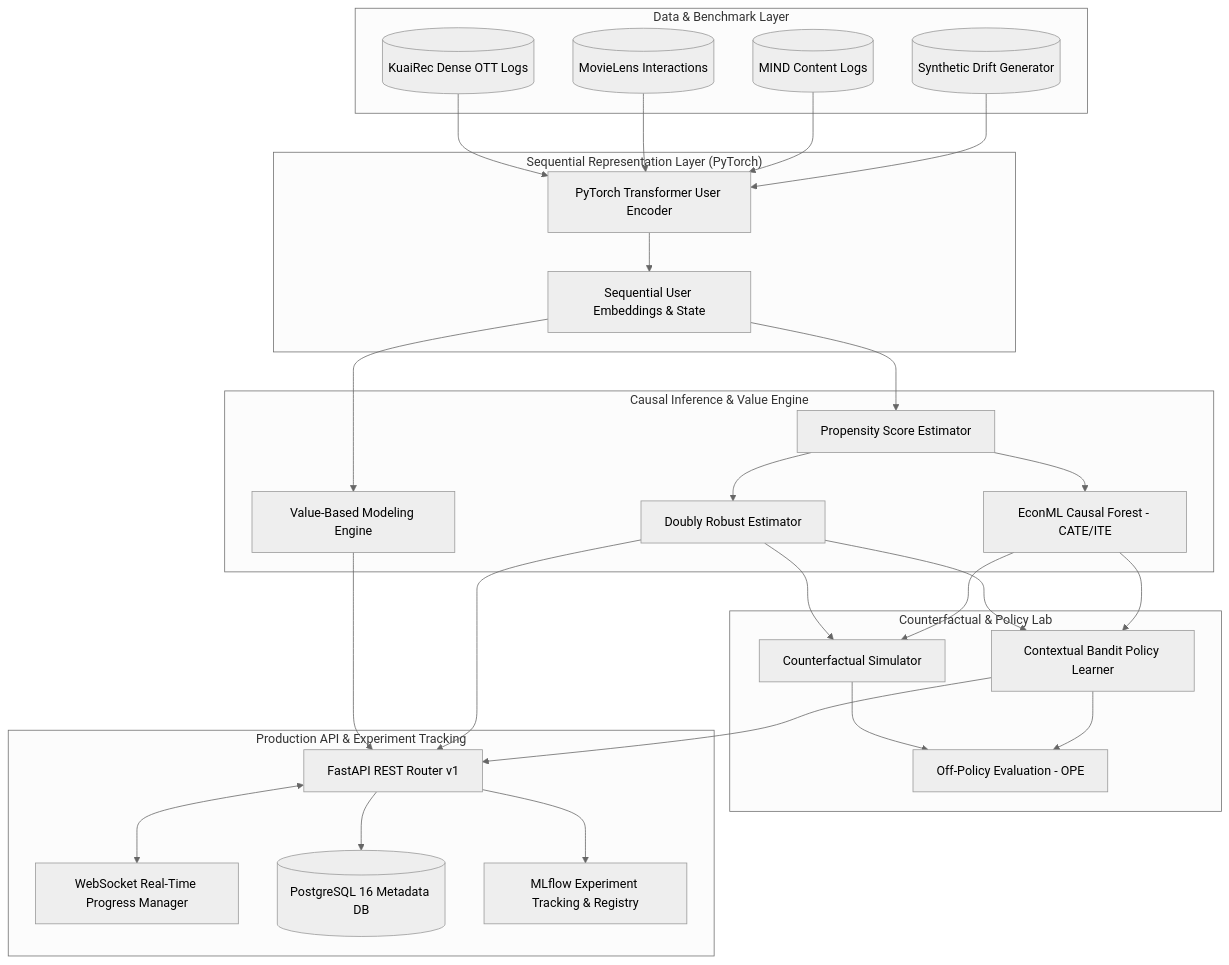
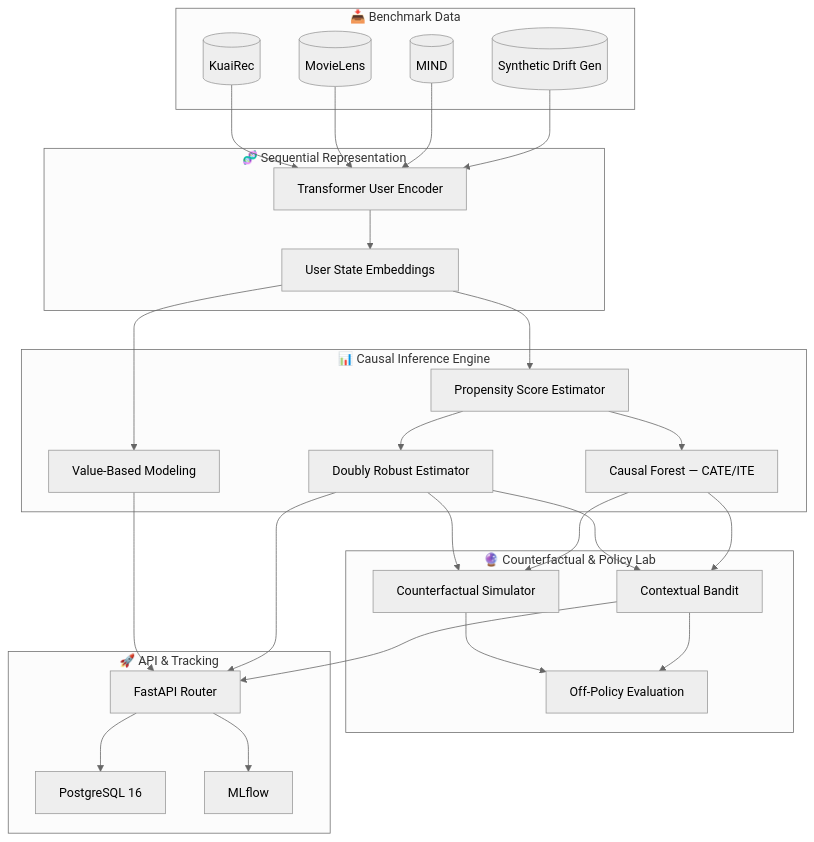
Before and after one commit to AARAV-git/Casual-Inference: the diagram in README.md, drawn with Mermaid (neutral theme). The commit also changed other lines of this file, not shown here.

````diff
--- a/README.md
+++ b/README.md
@@ -46,42 +49,38 @@
 ```mermaid
 flowchart TD
-    subgraph Data Layer ["Data & Benchmark Layer"]
-        A1[(KuaiRec Dense OTT Logs)]
-        A2[(MovieLens Interactions)]
-        A3[(MIND Content Logs)]
-        A4[(Synthetic Drift Generator)]
+    subgraph Data ["📥 Benchmark Data"]
+        A1[(KuaiRec)]
+        A2[(MovieLens)]
+        A3[(MIND)]
+        A4[(Synthetic Drift Gen)]
     end
 
-    subgraph Representation ["Sequential Representation Layer (PyTorch)"]
-        B1[PyTorch Transformer User Encoder]
-        B2[Sequential User Embeddings & State]
+    subgraph Rep ["🧬 Sequential Representation"]
+        B1[Transformer User Encoder]
+        B2[User State Embeddings]
     end
 
-    subgraph CausalEngine ["Causal Inference & Value Engine"]
-        C1[Value-Based Modeling Engine]
+    subgraph Causal ["📊 Causal Inference Engine"]
+        C1[Value-Based Modeling]
         C2[Propensity Score Estimator]
         C3[Doubly Robust Estimator]
-        C4[EconML Causal Forest - CATE/ITE]
+        C4[Causal Forest — CATE/ITE]
     end
 
-    subgraph Simulator ["Counterfactual & Policy Lab"]
+    subgraph Policy ["🔮 Counterfactual & Policy Lab"]
         D1[Counterfactual Simulator]
-        D2[Contextual Bandit Policy Learner]
-        D3[Off-Policy Evaluation - OPE]
+        D2[Contextual Bandit]
+        D3[Off-Policy Evaluation]
     end
 
-    subgraph Production ["Production API & Experiment Tracking"]
-        E1[FastAPI REST Router v1]
-        E2[WebSocket Real-Time Progress Manager]
-        E3[(PostgreSQL 16 Metadata DB)]
-        E4[MLflow Experiment Tracking & Registry]
+    subgraph API ["🚀 API & Tracking"]
+        E1[FastAPI Router]
+        E2[PostgreSQL 16]
+        E3[MLflow]
     end
 
-    A1 & A2 & A3 & A4 --> B1
-    B1 --> B2 --> C1 & C2
+    A1 & A2 & A3 & A4 --> B1 --> B2 --> C1 & C2
     C2 --> C3 & C4
     C3 & C4 --> D1 & D2 --> D3
-    C1 & C3 & D2 --> E1
-    E1 <--> E2
-    E1 --> E3 & E4
+    C1 & C3 & D2 --> E1 --> E2 & E3
 ```
````
